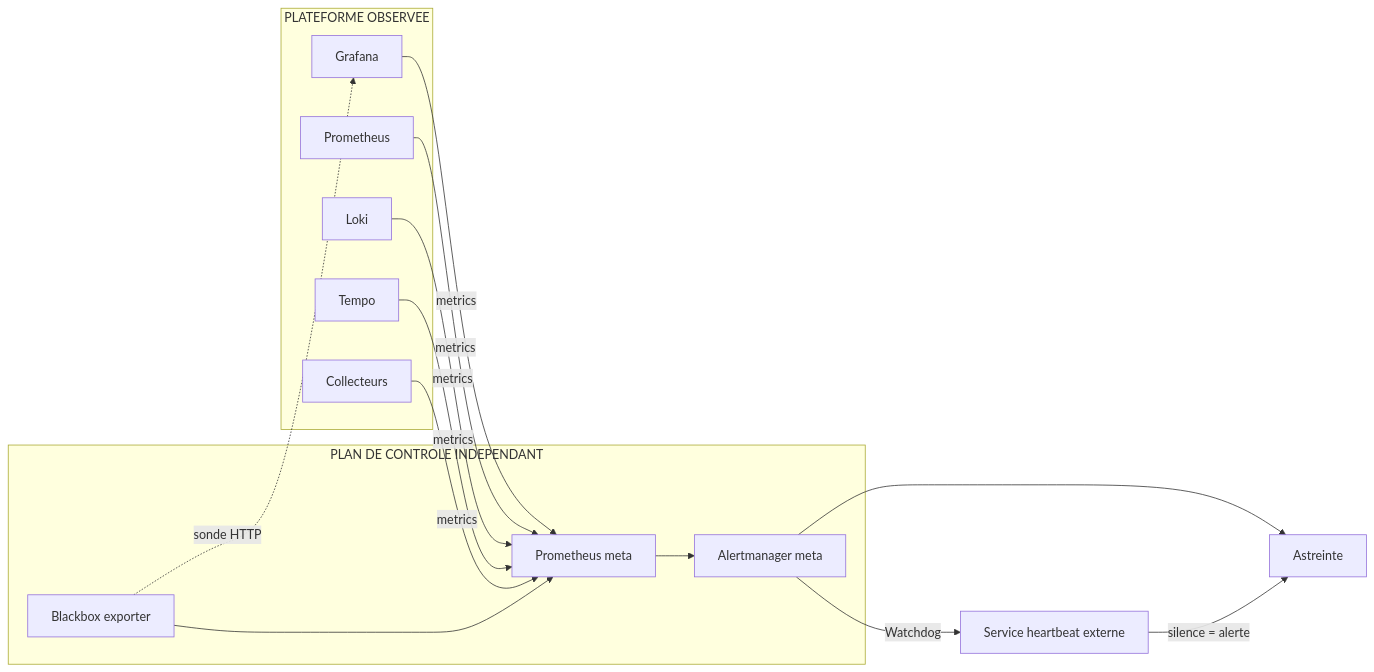
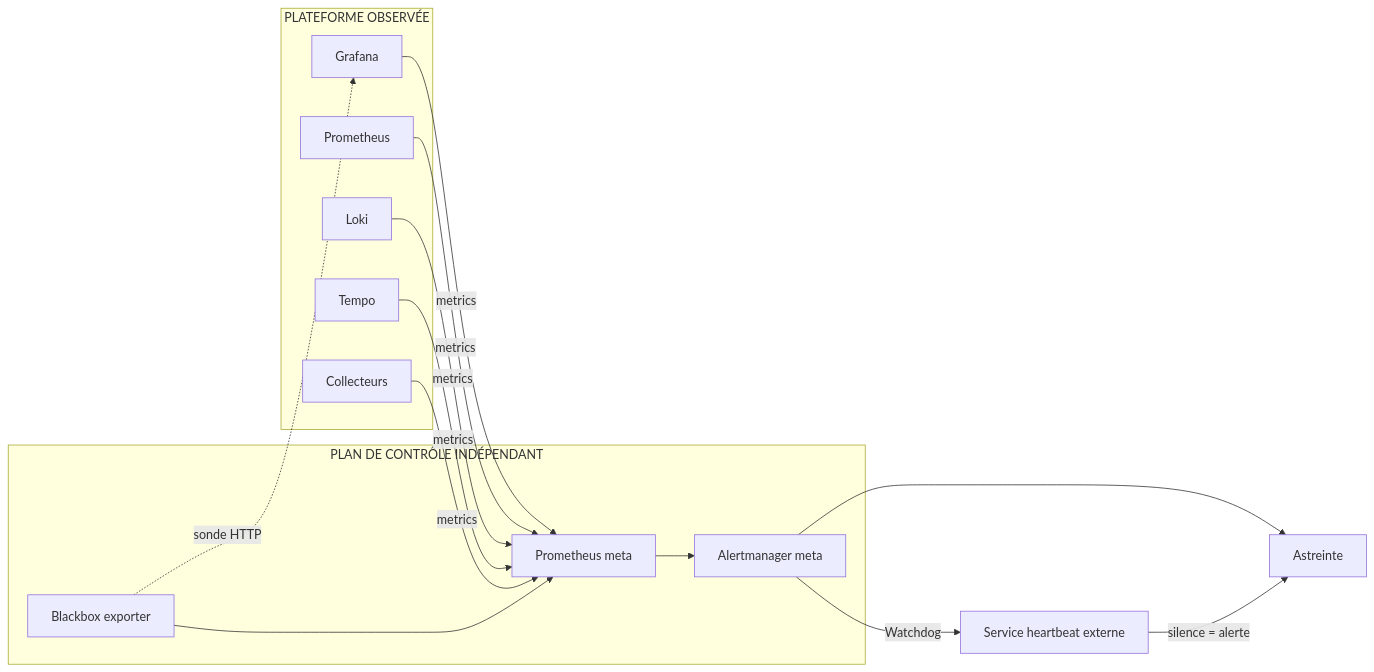
One commit to Gooseppr/GevOps_LC changed the diagram in courses/grafana/35_meta_monitoring.md. Above: the diagram before and after it, drawn with Mermaid. The commit also changed 56 other files, not shown here.

````diff
--- a/courses/grafana/35_meta_monitoring.md
+++ b/courses/grafana/35_meta_monitoring.md
@@ -73,24 +73,24 @@
 ```mermaid
 flowchart LR
-    subgraph PROD["PLATEFORME OBSERVEE"]
+    subgraph PROD["PLATEFORME OBSERVÉE"]
         G[Grafana]
         P[Prometheus]
         L[Loki]
         T[Tempo]
         C[Collecteurs]
     end
-    subgraph CTRL["PLAN DE CONTROLE INDEPENDANT"]
+    subgraph CTRL["PLAN DE CONTRÔLE INDÉPENDANT"]
         M[Prometheus meta]
         AM[Alertmanager meta]
         BB[Blackbox exporter]
     end
     HB[Service heartbeat externe]
     ON[Astreinte]
     G & P & L & T & C -->|metrics| M
     BB -.->|sonde HTTP| G
     BB --> M
     M --> AM
     AM --> ON
     AM -->|Watchdog| HB
     HB -->|silence = alerte| ON
 ```
````
